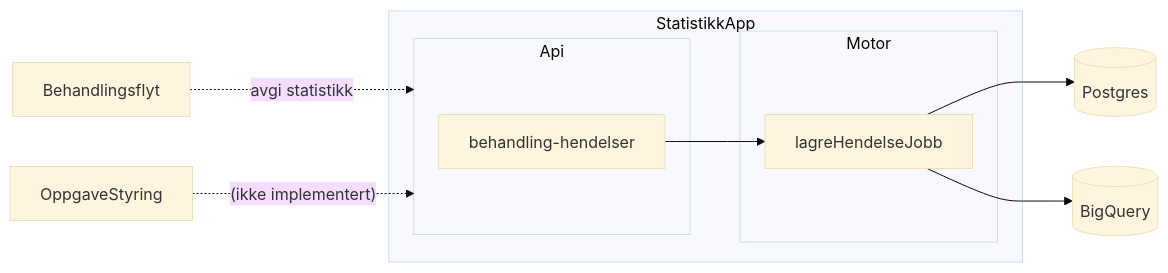
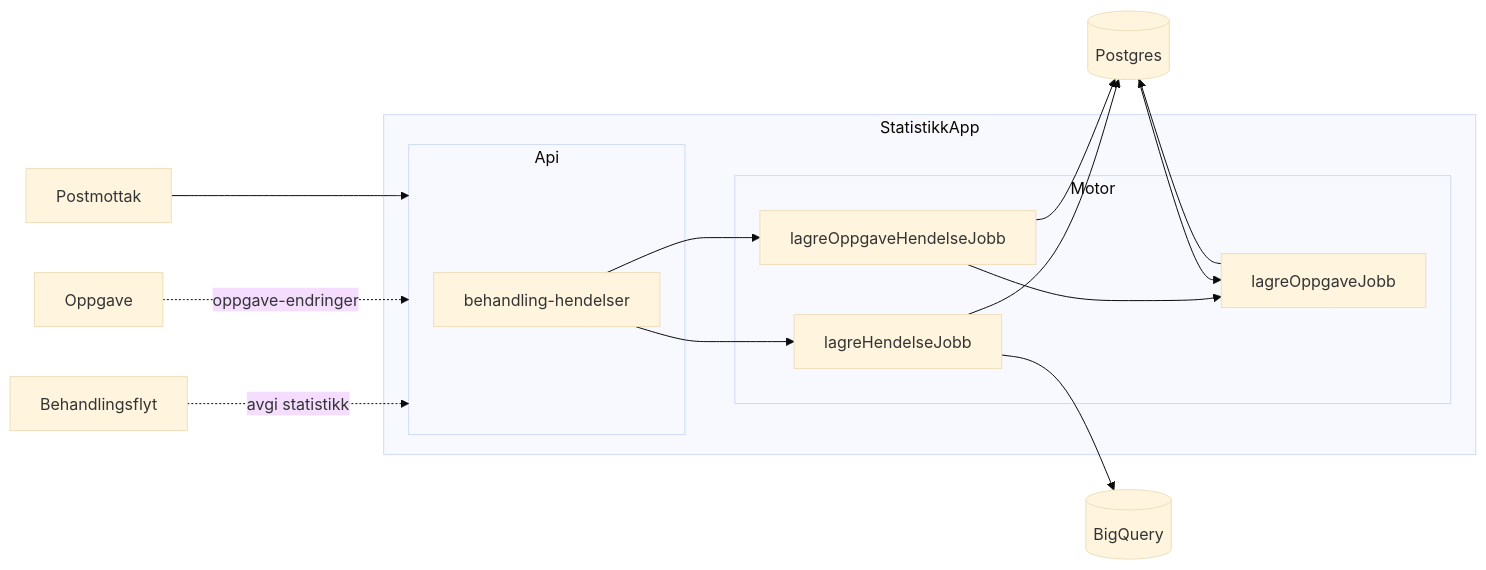
Before and after one commit to navikt/aap-intern-sysdok: the first of 2 diagrams in docs/funksjonalitet/09_Statistikk/teknisk.md, drawn with Mermaid (base theme).

Commit message:
Oppdatere arkitekturdiagram statistikk

````diff
--- a/docs/funksjonalitet/09_Statistikk/teknisk.md
+++ b/docs/funksjonalitet/09_Statistikk/teknisk.md
@@ -104,27 +104,34 @@
 ```mermaid
 graph LR
 BB[Behandlingsflyt]
-OPPG[OppgaveStyring]
+OPPG[Oppgave]
+POST[Postmottak]
 B[(Postgres)]
 C[(BigQuery)]
 
 subgraph StatistikkApp
 
 subgraph Api
   hendelse[behandling-hendelser]
 end
 
 subgraph Motor
 
 lagreHendelseJobb
+lagreOppgaveHendelseJobb --> lagreOppgaveJobb
 
 end
 hendelse --> lagreHendelseJobb
 end
 
 lagreHendelseJobb --> B
 lagreHendelseJobb --> C
+hendelse --> lagreOppgaveHendelseJobb
+lagreOppgaveJobb --> B
+lagreOppgaveHendelseJobb --> B
+B --> lagreOppgaveJobb
 
 BB -. avgi statistikk .-> Api
-OPPG -. (ikke implementert) .-> Api
+OPPG -. oppgave-endringer .-> Api
+POST --> Api
 ```
````
